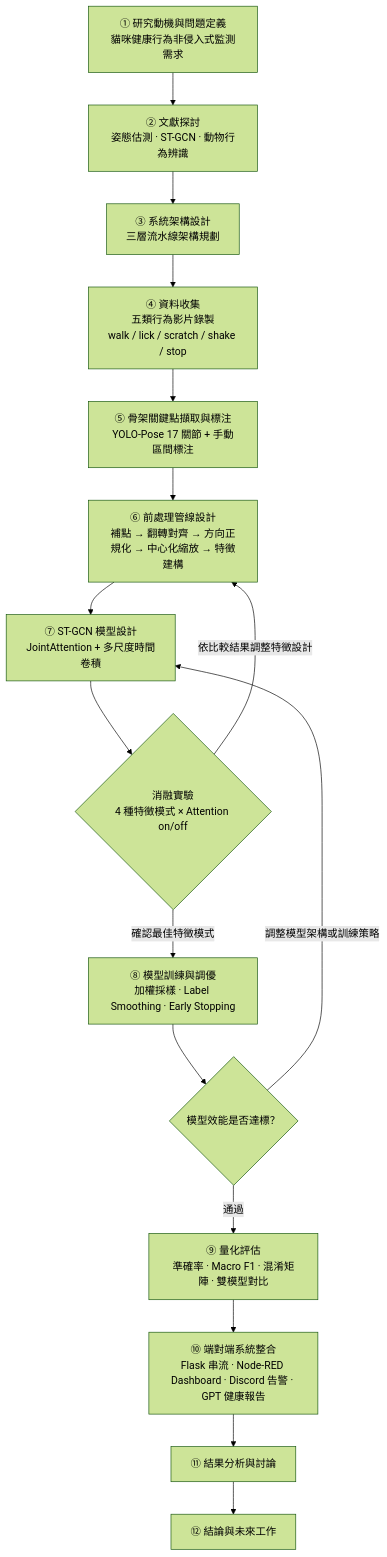
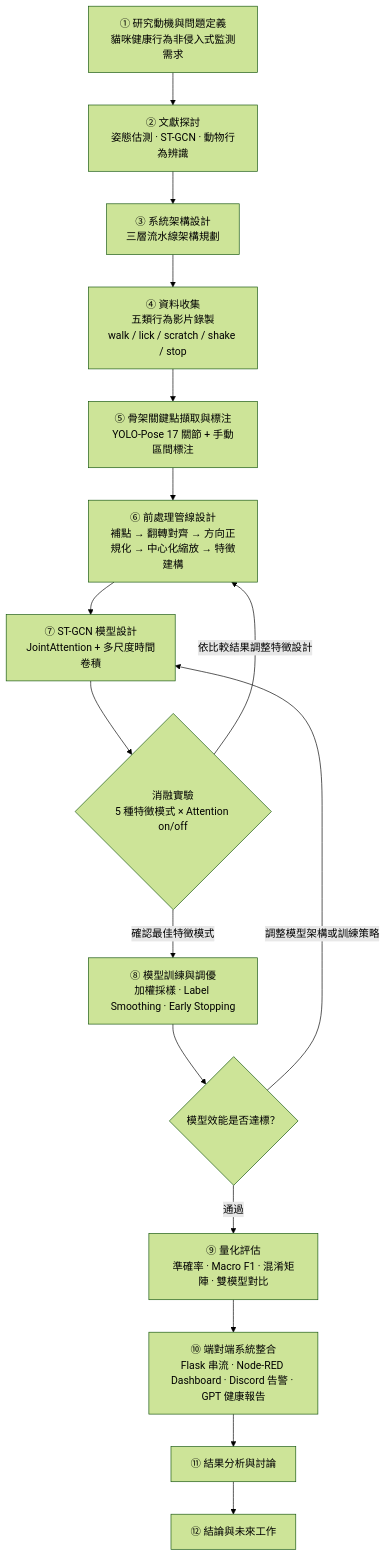
The diagram in paper/0_進度彙整.md (reqw123/ai_project), drawn with Mermaid (forest theme) before and after one commit. The commit also changed other lines of this file and 267 other files, not shown here.

````diff
--- a/paper/0_進度彙整.md
+++ b/paper/0_進度彙整.md
@@ -193,25 +194,25 @@
 ```mermaid
 flowchart TD
     A["① 研究動機與問題定義<br/>貓咪健康行為非侵入式監測需求"]
     B["② 文獻探討<br/>姿態估測 · ST-GCN · 動物行為辨識"]
     C["③ 系統架構設計<br/>三層流水線架構規劃"]
     D["④ 資料收集<br/>五類行為影片錄製<br/>walk / lick / scratch / shake / stop"]
     E["⑤ 骨架關鍵點擷取與標注<br/>YOLO-Pose 17 關節 + 手動區間標注"]
     F["⑥ 前處理管線設計<br/>補點 → 翻轉對齊 → 方向正規化 → 中心化縮放 → 特徵建構"]
     G["⑦ ST-GCN 模型設計<br/>JointAttention + 多尺度時間卷積"]
-    H{"消融實驗<br/>4 種特徵模式 × Attention on/off"}
+    H{"消融實驗<br/>5 種特徵模式 × Attention on/off"}
     I["⑧ 模型訓練與調優<br/>加權採樣 · Label Smoothing · Early Stopping"]
     J{"模型效能是否達標？"}
     K["⑨ 量化評估<br/>準確率 · Macro F1 · 混淆矩陣 · 雙模型對比"]
     L["⑩ 端對端系統整合<br/>Flask 串流 · Node-RED Dashboard · Discord 告警 · GPT 健康報告"]
     M["⑪ 結果分析與討論"]
     N["⑫ 結論與未來工作"]
 
     A --> B --> C --> D --> E --> F --> G --> H
     H -->|"依比較結果調整特徵設計"| F
     H -->|"確認最佳特徵模式"| I
     I --> J
     J -->|"調整模型架構或訓練策略"| G
     J -->|"通過"| K
     K --> L --> M --> N
 ```
````
